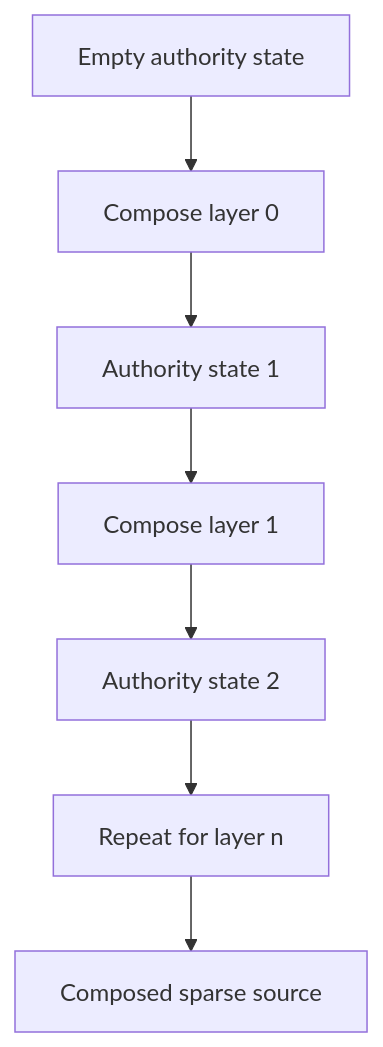
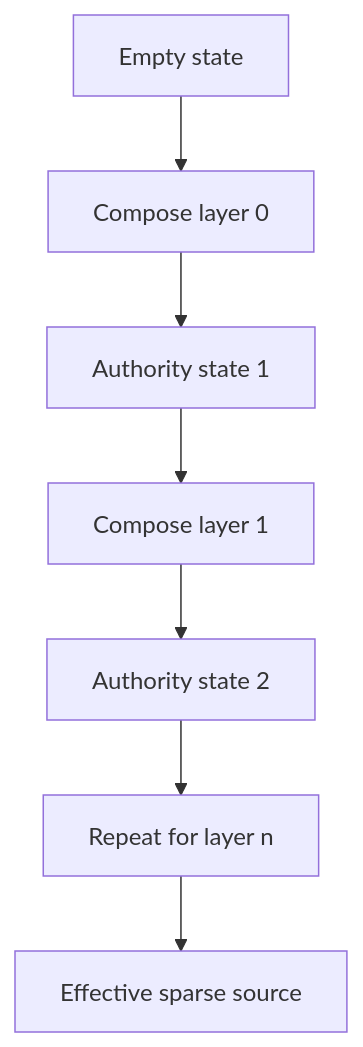
The second of 3 diagrams in rfcs/0019-managed-configuration.md (openclaw/rfcs), drawn with Mermaid before and after one commit. The commit also changed other lines of this file, not shown here.

````diff
--- a/rfcs/0019-managed-configuration.md
+++ b/rfcs/0019-managed-configuration.md
@@ -126,9 +128,9 @@
 ```mermaid
 flowchart TD
-  S0[Empty authority state] --> L0[Compose layer 0]
+  S0[Empty state] --> L0[Compose layer 0]
   L0 --> S1[Authority state 1]
   S1 --> L1[Compose layer 1]
   L1 --> S2[Authority state 2]
   S2 --> LN[Repeat for layer n]
-  LN --> SE[Composed sparse source]
+  LN --> E[Effective sparse source]
 ```
````
